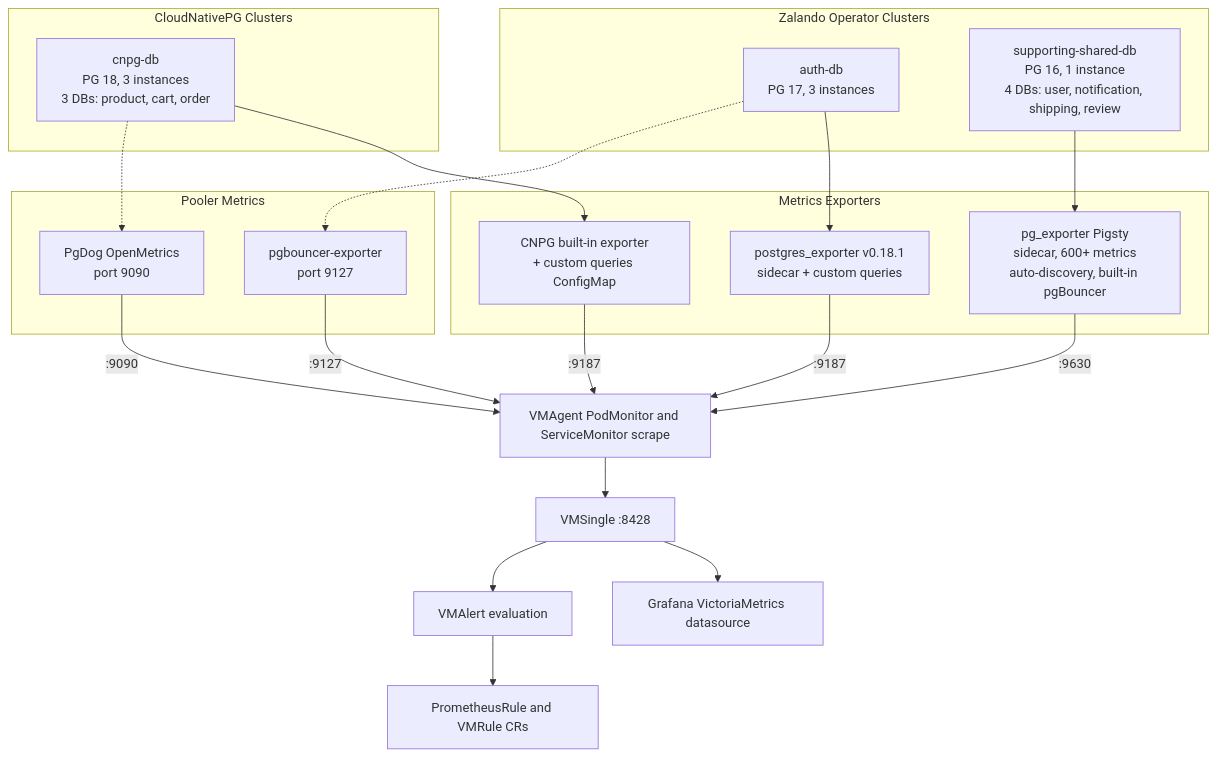
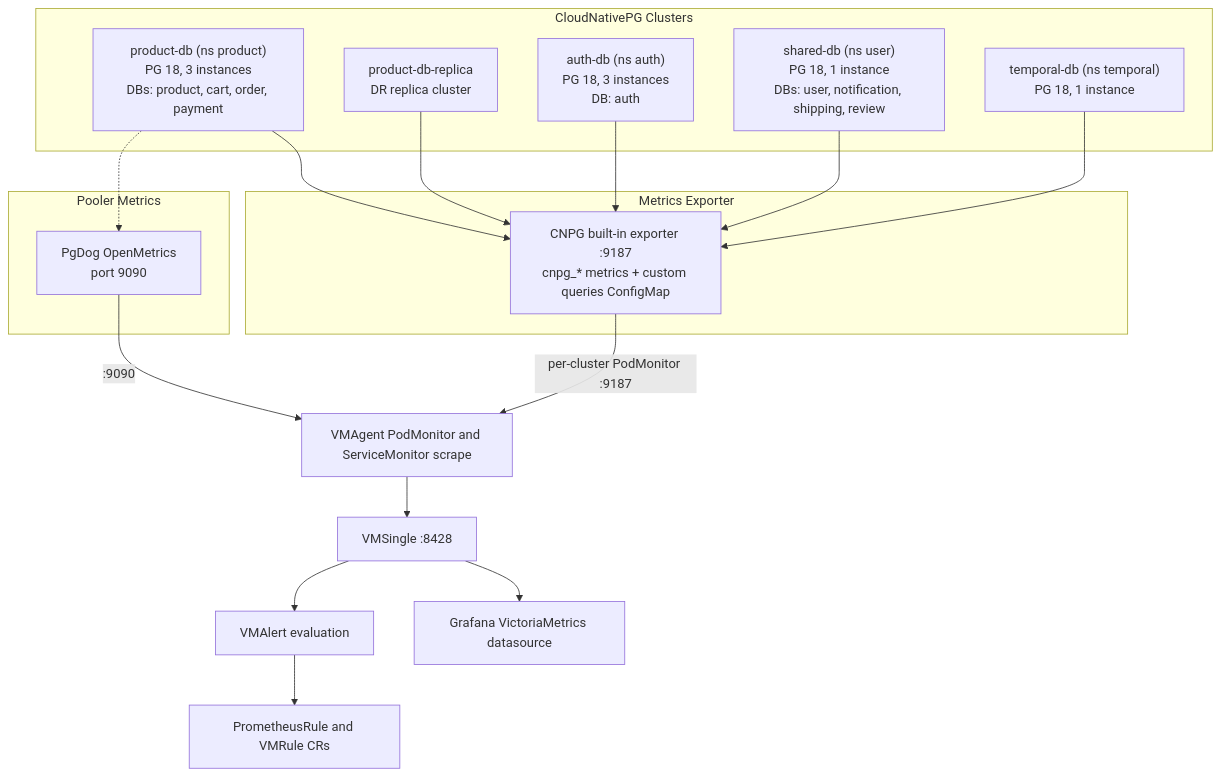
One commit to duynhlab/homelab changed the diagram in docs/observability/metrics/postgresql/monitoring.md. Above: the diagram before and after it, drawn with Mermaid. The commit also changed other lines of this file and 243 other files, not shown here.

````diff
--- a/docs/observability/metrics/postgresql/monitoring.md
+++ b/docs/observability/metrics/postgresql/monitoring.md
@@ -5,40 +9,34 @@
 ```mermaid
 flowchart TD
-    subgraph zalando [Zalando Operator Clusters]
-        authDB["auth-db<br/>PG 17, 3 instances"]
-        supportDB["supporting-shared-db<br/>PG 16, 1 instance<br/>4 DBs: user, notification, shipping, review"]
+    subgraph cnpg [CloudNativePG Clusters]
+        productDB["product-db (ns product)<br/>PG 18, 3 instances<br/>DBs: product, cart, order, payment"]
+        productDR["product-db-replica<br/>DR replica cluster"]
+        authDB["auth-db (ns auth)<br/>PG 18, 3 instances<br/>DB: auth"]
+        sharedDB["shared-db (ns user)<br/>PG 18, 1 instance<br/>DBs: user, notification, shipping, review"]
+        temporalDB["temporal-db (ns temporal)<br/>PG 18, 1 instance"]
     end
 
-    subgraph cnpg [CloudNativePG Clusters]
-        cnpgDB["cnpg-db<br/>PG 18, 3 instances<br/>3 DBs: product, cart, order"]
+    subgraph exporters [Metrics Exporter]
+        cnpgBuiltin["CNPG built-in exporter :9187<br/>cnpg_* metrics + custom queries ConfigMap"]
     end
 
-    subgraph exporters [Metrics Exporters]
-        pgExp1["postgres_exporter v0.18.1<br/>sidecar + custom queries"]
-        pigsty["pg_exporter Pigsty<br/>sidecar, 600+ metrics<br/>auto-discovery, built-in pgBouncer"]
-        cnpgBuiltin["CNPG built-in exporter<br/>+ custom queries ConfigMap"]
-    end
-
-    authDB --> pgExp1
-    supportDB --> pigsty
-    cnpgDB --> cnpgBuiltin
+    productDB --> cnpgBuiltin
+    productDR --> cnpgBuiltin
+    authDB --> cnpgBuiltin
+    sharedDB --> cnpgBuiltin
+    temporalDB --> cnpgBuiltin
 
     subgraph poolerMetrics [Pooler Metrics]
-        pgbExporter["pgbouncer-exporter<br/>port 9127"]
         pgdogMetrics["PgDog OpenMetrics<br/>port 9090"]
     end
 
-    authDB -.-> pgbExporter
-    cnpgDB -.-> pgdogMetrics
+    productDB -.-> pgdogMetrics
 
-    pgExp1 -->|":9187"| vma
-    pigsty -->|":9630"| vma
-    cnpgBuiltin -->|":9187"| vma
-    pgbExporter -->|":9127"| vma
+    cnpgBuiltin -->|"per-cluster PodMonitor :9187"| vma
     pgdogMetrics -->|":9090"| vma
 
     vma["VMAgent PodMonitor and ServiceMonitor scrape"] --> vms["VMSingle :8428"]
     vms --> grafana["Grafana VictoriaMetrics datasource"]
     vms --> vmalert["VMAlert evaluation"]
     vmalert --> ruleCRs["PrometheusRule and VMRule CRs"]
 ```
````
